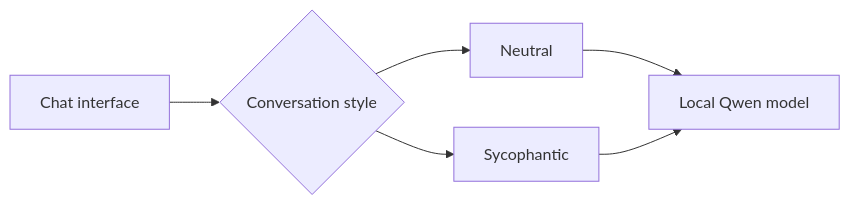
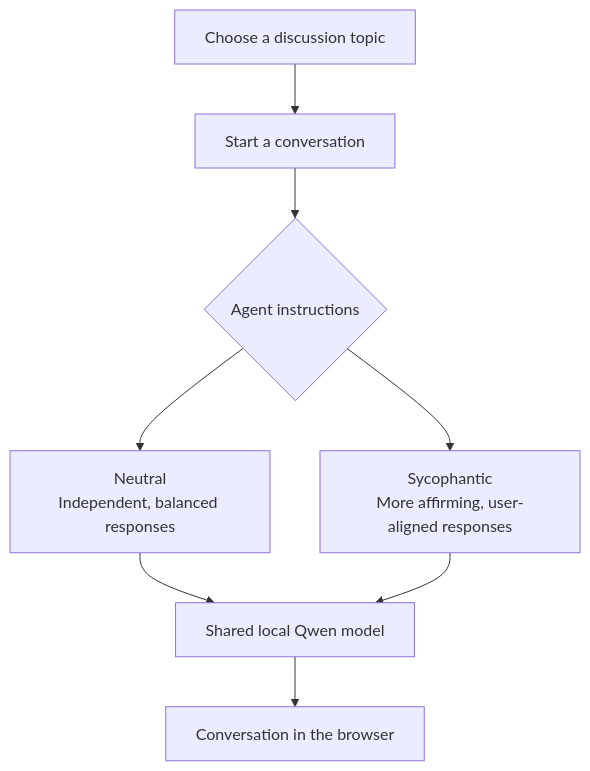
The diagram in README.md (elenalabzina/eth-sycophancy-survey-agent), drawn with Mermaid before and after one commit. The commit also changed other lines of this file, not shown here.

Commit message:
Clarify experimental architecture with concise shared-model diagram

````diff
--- a/README.md
+++ b/README.md
@@ -11,8 +13,10 @@
 ```mermaid
-flowchart LR
-    A["Chat interface"] --> B{"Conversation style"}
-    B --> C["Neutral"]
-    B --> D["Sycophantic"]
-    C --> E["Local Qwen model"]
-    D --> E
+flowchart TB
+    A["Choose a discussion topic"] --> B["Start a conversation"]
+    B --> C{"Agent instructions"}
+    C --> D["Neutral<br/>Independent, balanced responses"]
+    C --> E["Sycophantic<br/>More affirming, user-aligned responses"]
+    D --> F["Shared local Qwen model"]
+    E --> F
+    F --> G["Conversation in the browser"]
 ```
````
